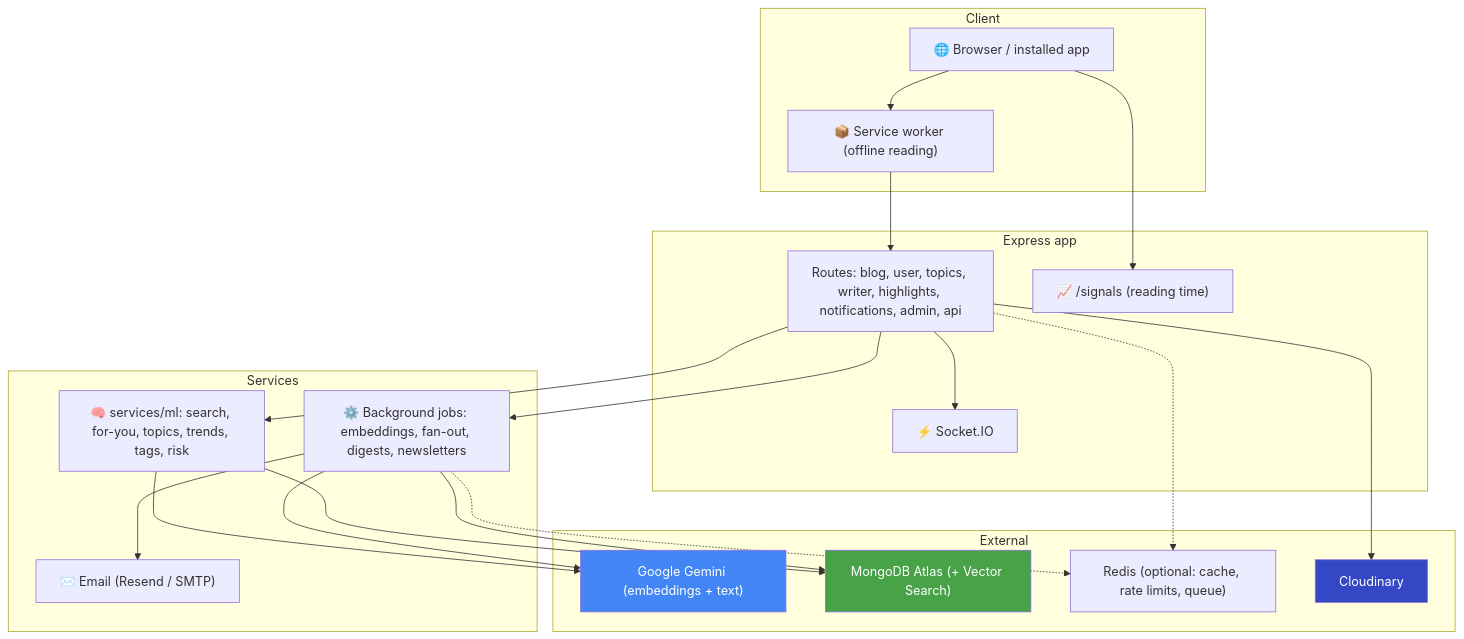
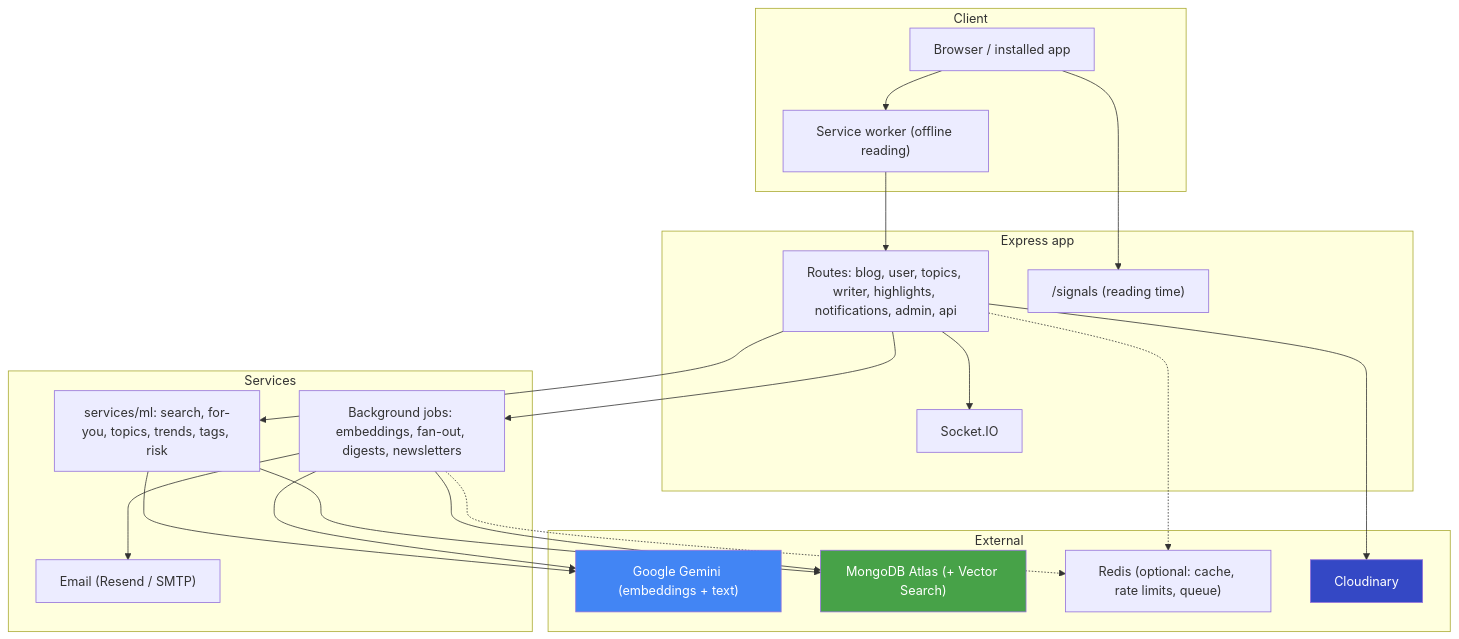
One commit to MayankParashar28/Lumina changed the first of 2 diagrams in README.md. Above: the diagram before and after it, drawn with Mermaid. The commit also changed other lines of this file, not shown here.

````diff
--- a/README.md
+++ b/README.md
@@ -117,44 +117,44 @@
 ```mermaid
 graph TB
     subgraph "Client"
-        Browser["🌐 Browser / installed app"]
-        SW["📦 Service worker (offline reading)"]
+        Browser["Browser / installed app"]
+        SW["Service worker (offline reading)"]
     end
 
     subgraph "Express app"
         Routes["Routes: blog, user, topics, writer, highlights, notifications, admin, api"]
-        Signals["📈 /signals (reading time)"]
-        Socket["⚡ Socket.IO"]
+        Signals["/signals (reading time)"]
+        Socket["Socket.IO"]
     end
 
     subgraph "Services"
-        ML["🧠 services/ml: search, for-you, topics, trends, tags, risk"]
-        Jobs["⚙️ Background jobs: embeddings, fan-out, digests, newsletters"]
-        Mail["✉️ Email (Resend / SMTP)"]
+        ML["services/ml: search, for-you, topics, trends, tags, risk"]
+        Jobs["Background jobs: embeddings, fan-out, digests, newsletters"]
+        Mail["Email (Resend / SMTP)"]
     end
 
     subgraph "External"
         Gemini["Google Gemini (embeddings + text)"]
         Mongo["MongoDB Atlas (+ Vector Search)"]
         Redis["Redis (optional: cache, rate limits, queue)"]
         Cloudinary["Cloudinary"]
     end
 
     Browser --> SW --> Routes
     Browser --> Signals
     Routes --> ML
     Routes --> Jobs
     Routes --> Socket
     ML --> Mongo
     ML --> Gemini
     Jobs --> Gemini
     Jobs --> Mongo
     Jobs --> Mail
     Routes --> Cloudinary
     Routes -.-> Redis
     Jobs -.-> Redis
 
     style Gemini fill:#4285f4,color:#fff
     style Cloudinary fill:#3448c5,color:#fff
     style Mongo fill:#47a248,color:#fff
 ```
````
